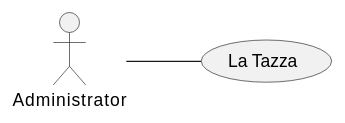
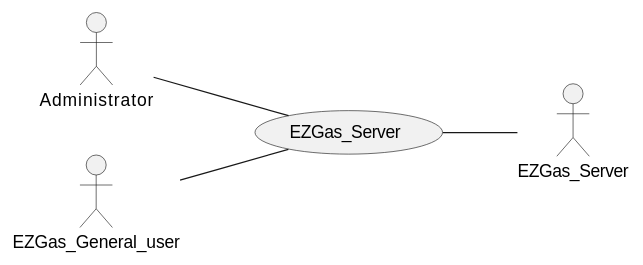
Before and after one commit to SoftengPoliTo/Lab2: the first of 7 diagrams in REQ_s269901.md, drawn with PlantUML. The commit also changed other lines of this file, not shown here.

````diff
--- a/REQ_s269901.md
+++ b/REQ_s269901.md
@@ -59,5 +49,9 @@
 ```plantuml
 left to right direction
-actor Administrator as a
-a -- (La Tazza)
+actor Administrator  as a
+actor EZGas_General_user as b
+actor EZGas_Server as c
+a -- (EZGas_Server)
+b -- (EZGas_Server)
+(EZGas_Server) -- c
 ```
````
